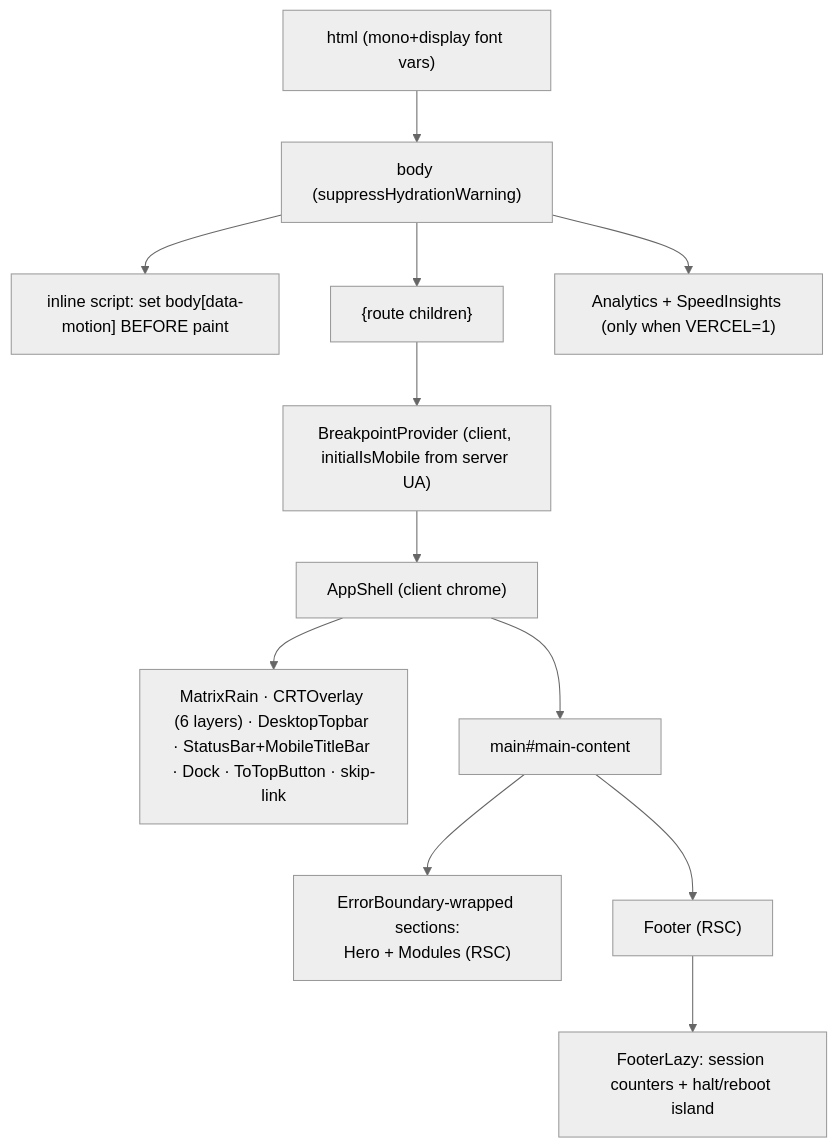
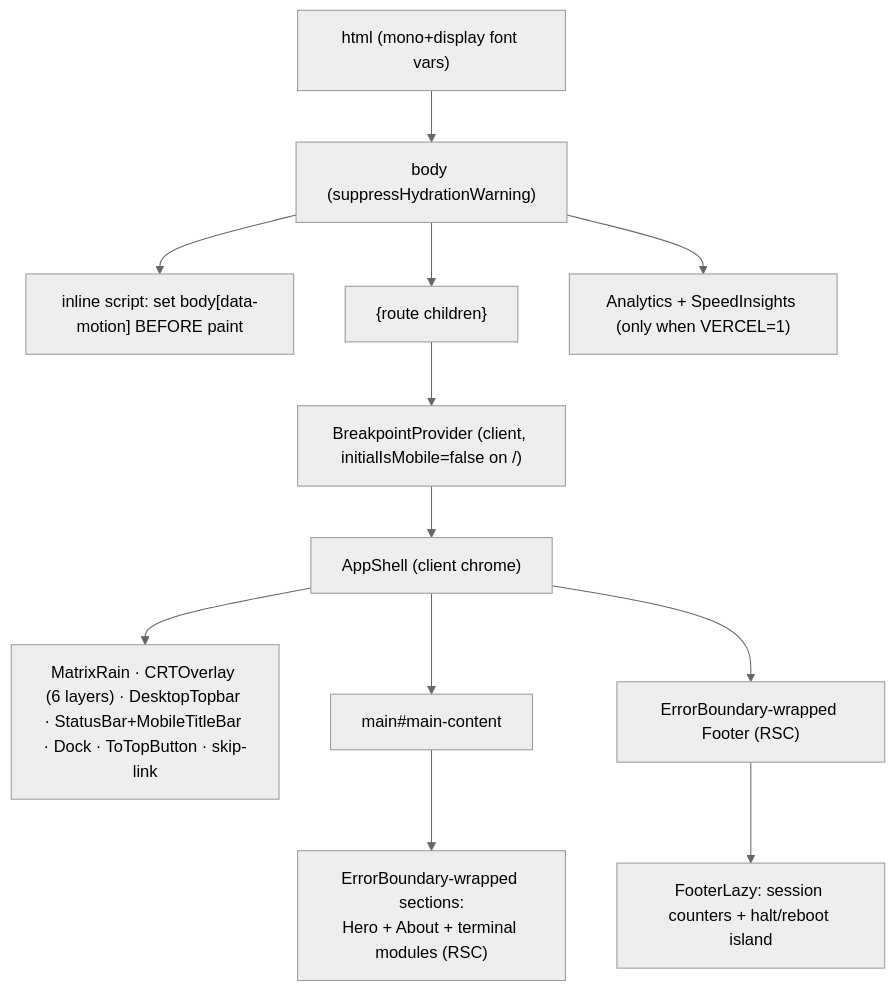
The second of 6 diagrams in docs/03-rendering-and-data-flow.md (erikunha/portfolio), drawn with Mermaid (neutral theme) before and after one commit. The commit also changed other lines of this file and 8 other files, not shown here.

````diff
--- a/docs/03-rendering-and-data-flow.md
+++ b/docs/03-rendering-and-data-flow.md
@@ -38,14 +38,14 @@
 ```mermaid
 flowchart TD
     html["html (mono+display font vars)"] --> body["body (suppressHydrationWarning)"]
     body --> boot["inline script: set body[data-motion] BEFORE paint"]
     body --> children["{route children}"]
     body --> rum["Analytics + SpeedInsights (only when VERCEL=1)"]
-    children --> bp["BreakpointProvider (client, initialIsMobile from server UA)"]
+    children --> bp["BreakpointProvider (client, initialIsMobile=false on /)"]
     bp --> appshell["AppShell (client chrome)"]
     appshell --> chrome["MatrixRain · CRTOverlay (6 layers) · DesktopTopbar · StatusBar+MobileTitleBar · Dock · ToTopButton · skip-link"]
     appshell --> main["main#main-content"]
-    main --> secs["ErrorBoundary-wrapped sections:<br/>Hero + Modules (RSC)"]
-    main --> footer["Footer (RSC)"]
+    main --> secs["ErrorBoundary-wrapped sections:<br/>Hero + About + terminal modules (RSC)"]
+    appshell --> footer["ErrorBoundary-wrapped Footer (RSC)"]
     footer --> footerIslands["FooterLazy: session counters + halt/reboot island"]
 ```
````
